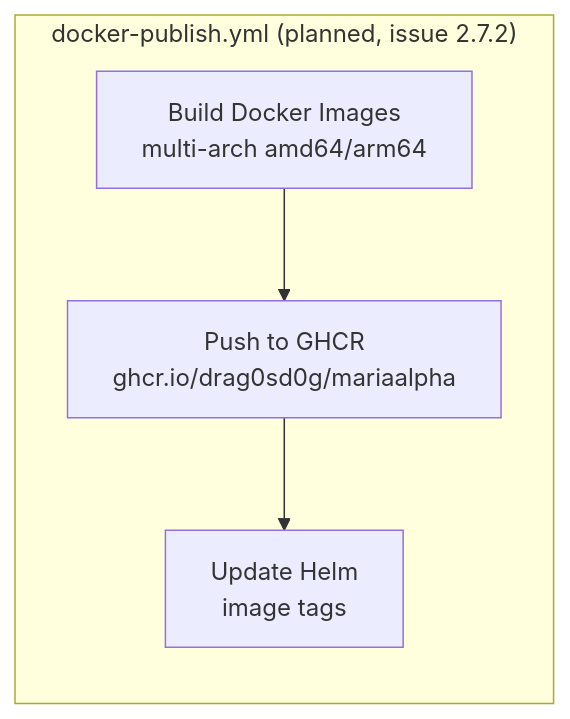
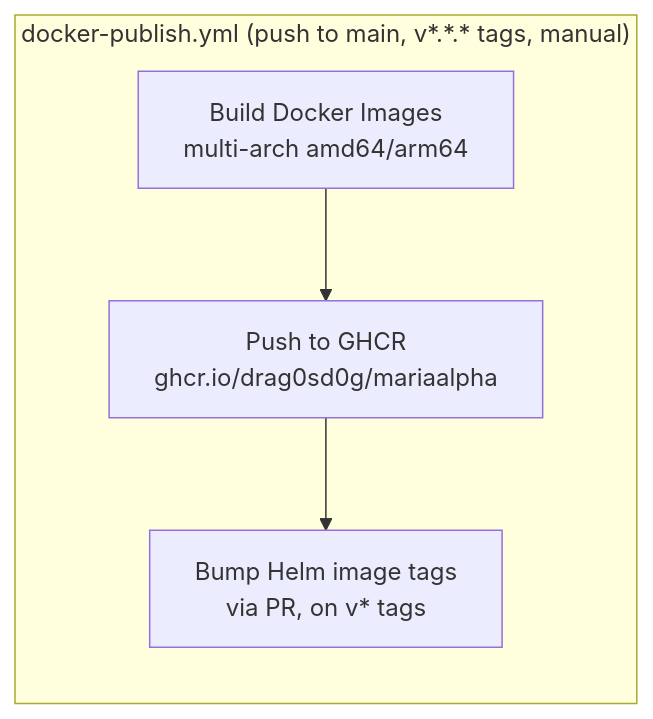
Before and after one commit to drag0sd0g/MariaAlpha: diagram 18 of 18 in docs/technical-design-document.md, drawn with Mermaid. The commit also changed other lines of this file and 9 other files, not shown here.

````diff
--- a/docs/technical-design-document.md
+++ b/docs/technical-design-document.md
@@ -1171,6 +1173,6 @@
 ```mermaid
 graph LR
-    subgraph "docker-publish.yml (planned, issue 2.7.2)"
-        A[Build Docker Images<br/>multi-arch amd64/arm64] --> B[Push to GHCR<br/>ghcr.io/drag0sd0g/mariaalpha] --> C[Update Helm<br/>image tags]
+    subgraph "docker-publish.yml (push to main, v*.*.* tags, manual)"
+        A[Build Docker Images<br/>multi-arch amd64/arm64] --> B[Push to GHCR<br/>ghcr.io/drag0sd0g/mariaalpha] --> C[Bump Helm image tags<br/>via PR, on v* tags]
     end
 ```
````
